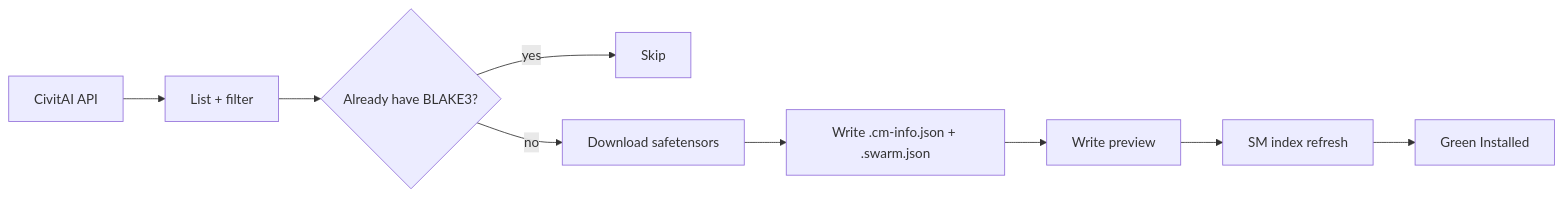
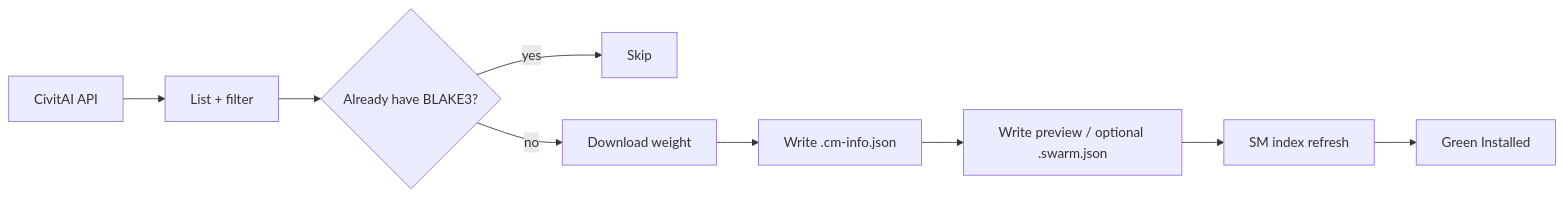
One commit to ArturoWolff/CivitMatrix changed the diagram in README.md. Above: the diagram before and after it, drawn with Mermaid. The commit also changed other lines of this file and 19 other files, not shown here.

````diff
--- a/README.md
+++ b/README.md
@@ -45,11 +45,11 @@
 ```mermaid
 flowchart LR
   A[CivitAI API] --> B[List + filter]
   B --> C{Already have BLAKE3?}
   C -->|yes| D[Skip]
-  C -->|no| E[Download safetensors]
-  E --> F[Write .cm-info.json + .swarm.json]
-  F --> G[Write preview]
+  C -->|no| E[Download weight]
+  E --> F[Write .cm-info.json]
+  F --> G[Write preview / optional .swarm.json]
   G --> H[SM index refresh]
   H --> I[Green Installed]
 ```
````
